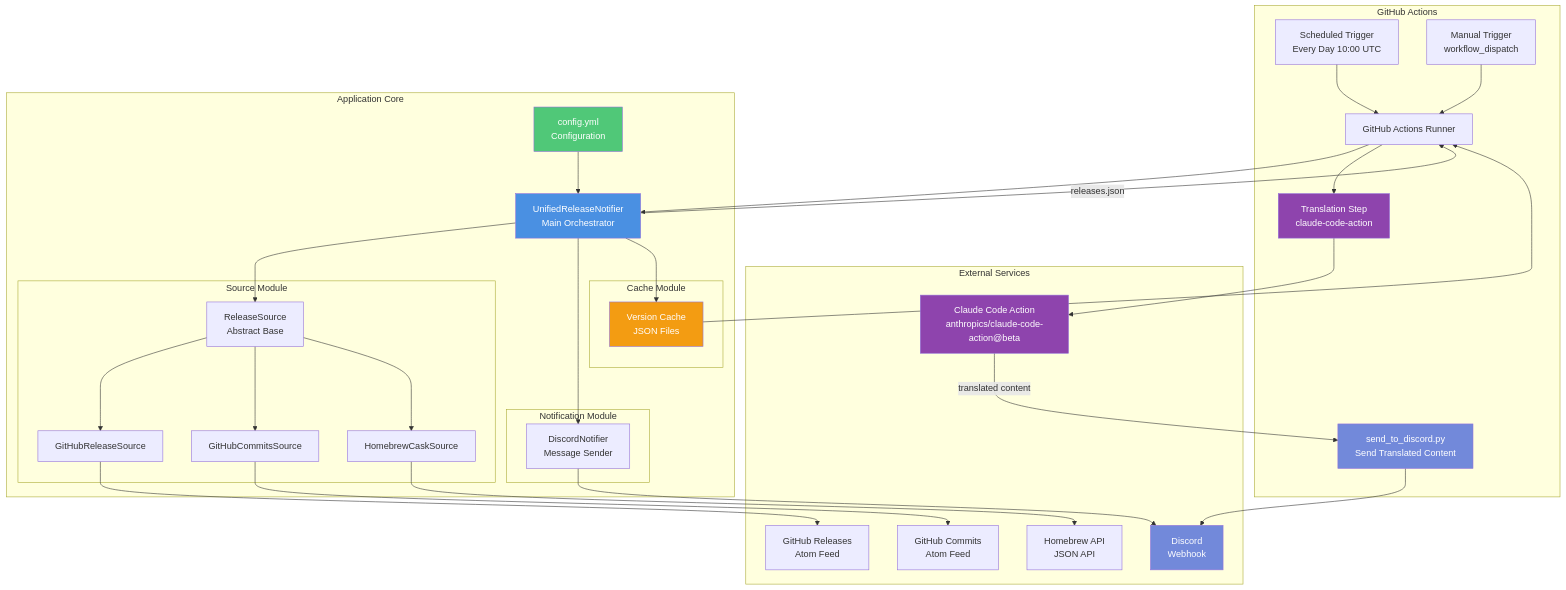
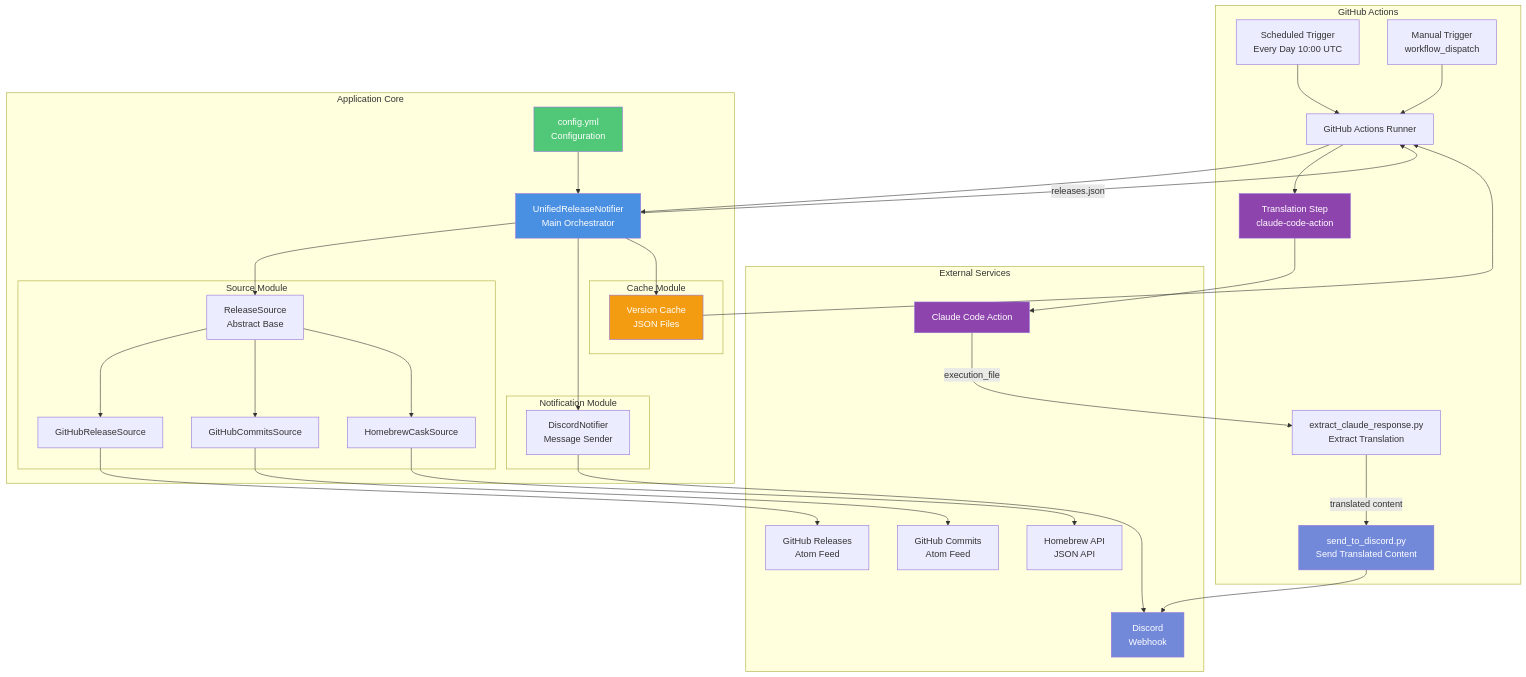
The first of 2 diagrams in docs/architecture.md (rysk-tanaka/devtools-release-notifier), drawn with Mermaid before and after one commit. The commit also changed other lines of this file and 4 other files, not shown here.

````diff
--- a/docs/architecture.md
+++ b/docs/architecture.md
@@ -7,72 +7,74 @@
 ```mermaid
 graph TB
     subgraph "External Services"
         GHR[GitHub Releases<br/>Atom Feed]
         GHC[GitHub Commits<br/>Atom Feed]
         HB[Homebrew API<br/>JSON API]
-        CLAUDE[Claude Code Action<br/>anthropics/claude-code-action@beta]
+        CLAUDE[Claude Code Action]
         DISCORD[Discord<br/>Webhook]
     end
 
     subgraph "GitHub Actions"
         SCHEDULE[Scheduled Trigger<br/>Every Day 10:00 UTC]
         MANUAL[Manual Trigger<br/>workflow_dispatch]
         RUNNER[GitHub Actions Runner]
         TRANSLATE[Translation Step<br/>claude-code-action]
+        EXTRACT_SCRIPT[extract_claude_response.py<br/>Extract Translation]
         SEND_SCRIPT[send_to_discord.py<br/>Send Translated Content]
     end
 
     subgraph "Application Core"
         MAIN[UnifiedReleaseNotifier<br/>Main Orchestrator]
         CONFIG[config.yml<br/>Configuration]
 
         subgraph "Source Module"
             SRC_BASE[ReleaseSource<br/>Abstract Base]
             SRC_GHR[GitHubReleaseSource]
             SRC_GHC[GitHubCommitsSource]
             SRC_HB[HomebrewCaskSource]
         end
 
         subgraph "Notification Module"
             NOTIF[DiscordNotifier<br/>Message Sender]
         end
 
         subgraph "Cache Module"
             CACHE[Version Cache<br/>JSON Files]
         end
     end
 
     SCHEDULE --> RUNNER
     MANUAL --> RUNNER
     RUNNER --> MAIN
 
     CONFIG --> MAIN
     MAIN --> SRC_BASE
     SRC_BASE --> SRC_GHR
     SRC_BASE --> SRC_GHC
     SRC_BASE --> SRC_HB
 
     SRC_GHR --> GHR
     SRC_GHC --> GHC
     SRC_HB --> HB
 
     MAIN -->|releases.json| RUNNER
     RUNNER --> TRANSLATE
     TRANSLATE --> CLAUDE
-    CLAUDE -->|translated content| SEND_SCRIPT
+    CLAUDE -->|execution_file| EXTRACT_SCRIPT
+    EXTRACT_SCRIPT -->|translated content| SEND_SCRIPT
     SEND_SCRIPT --> DISCORD
 
     MAIN --> NOTIF
     NOTIF --> DISCORD
 
     MAIN --> CACHE
     CACHE --> RUNNER
 
     style MAIN fill:#4a90e2,color:#fff
     style CONFIG fill:#50c878,color:#fff
     style CACHE fill:#f39c12,color:#fff
     style CLAUDE fill:#8e44ad,color:#fff
     style DISCORD fill:#7289da,color:#fff
     style TRANSLATE fill:#8e44ad,color:#fff
     style SEND_SCRIPT fill:#7289da,color:#fff
 ```
````
